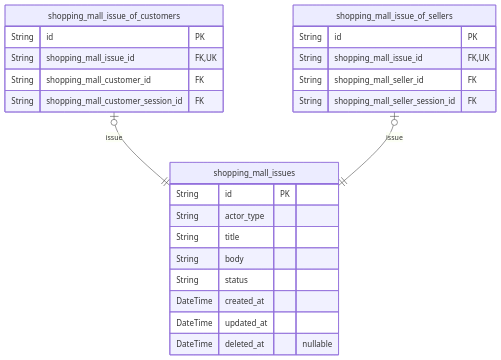
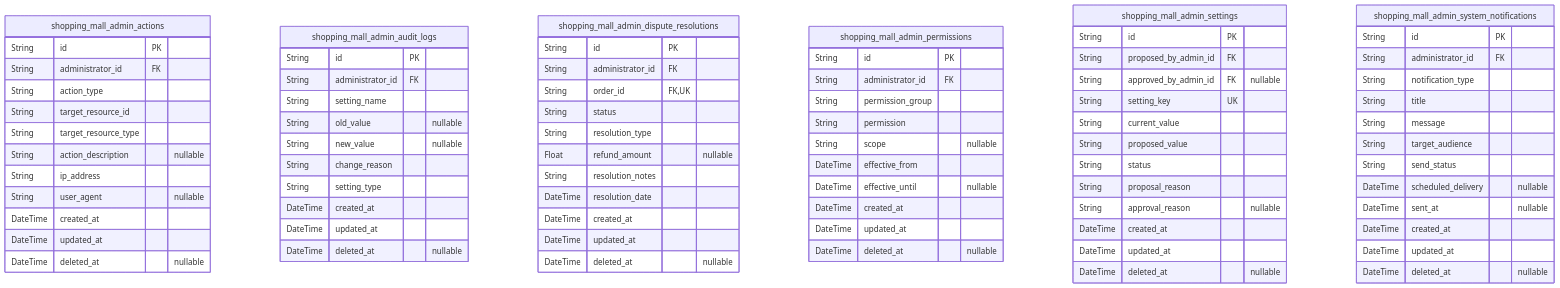
Before and after one commit to wrtnlabs/autobe-examples: the tenth of 11 diagrams in qwen/qwen3-next-80b-a3b-instruct/shopping/docs/ERD.md, drawn with Mermaid. The commit also changed other lines of this file and 366 other files, not shown here.

````diff
--- a/qwen/qwen3-next-80b-a3b-instruct/shopping/docs/ERD.md
+++ b/qwen/qwen3-next-80b-a3b-instruct/shopping/docs/ERD.md
@@ -3695,27 +2470,81 @@
 ```mermaid
 erDiagram
-"shopping_mall_issues" {
+"shopping_mall_admin_actions" {
   String id PK
-  String actor_type
-  String title
-  String body
-  String status
+  String administrator_id FK
+  String action_type
+  String target_resource_id
+  String target_resource_type
+  String action_description "nullable"
+  String ip_address
+  String user_agent "nullable"
   DateTime created_at
   DateTime updated_at
   DateTime deleted_at "nullable"
 }
-"shopping_mall_issue_of_customers" {
+"shopping_mall_admin_audit_logs" {
   String id PK
-  String shopping_mall_issue_id FK,UK
-  String shopping_mall_customer_id FK
-  String shopping_mall_customer_session_id FK
+  String administrator_id FK
+  String setting_name
+  String old_value "nullable"
+  String new_value "nullable"
+  String change_reason
+  String setting_type
+  DateTime created_at
+  DateTime updated_at
+  DateTime deleted_at "nullable"
 }
-"shopping_mall_issue_of_sellers" {
+"shopping_mall_admin_dispute_resolutions" {
   String id PK
-  String shopping_mall_issue_id FK,UK
-  String shopping_mall_seller_id FK
-  String shopping_mall_seller_session_id FK
+  String administrator_id FK
+  String order_id FK,UK
+  String status
+  String resolution_type
+  Float refund_amount "nullable"
+  String resolution_notes
+  DateTime resolution_date
+  DateTime created_at
+  DateTime updated_at
+  DateTime deleted_at "nullable"
 }
-"shopping_mall_issue_of_customers" |o--|| "shopping_mall_issues" : issue
-"shopping_mall_issue_of_sellers" |o--|| "shopping_mall_issues" : issue
+"shopping_mall_admin_permissions" {
+  String id PK
+  String administrator_id FK
+  String permission_group
+  String permission
+  String scope "nullable"
+  DateTime effective_from
+  DateTime effective_until "nullable"
+  DateTime created_at
+  DateTime updated_at
+  DateTime deleted_at "nullable"
+}
+"shopping_mall_admin_settings" {
+  String id PK
+  String proposed_by_admin_id FK
+  String approved_by_admin_id FK "nullable"
+  String setting_key UK
+  String current_value
+  String proposed_value
+  String status
+  String proposal_reason
+  String approval_reason "nullable"
+  DateTime created_at
+  DateTime updated_at
+  DateTime deleted_at "nullable"
+}
+"shopping_mall_admin_system_notifications" {
+  String id PK
+  String administrator_id FK
+  String notification_type
+  String title
+  String message
+  String target_audience
+  String send_status
+  DateTime scheduled_delivery "nullable"
+  DateTime sent_at "nullable"
+  DateTime created_at
+  DateTime updated_at
+  DateTime deleted_at "nullable"
+}
 ```
````
